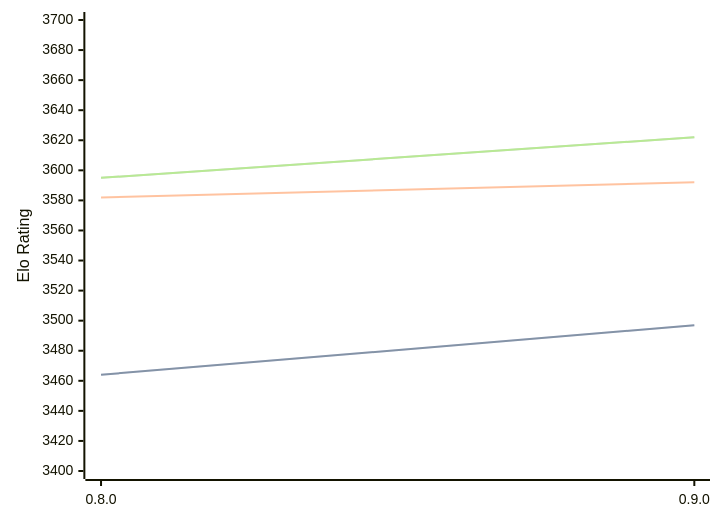
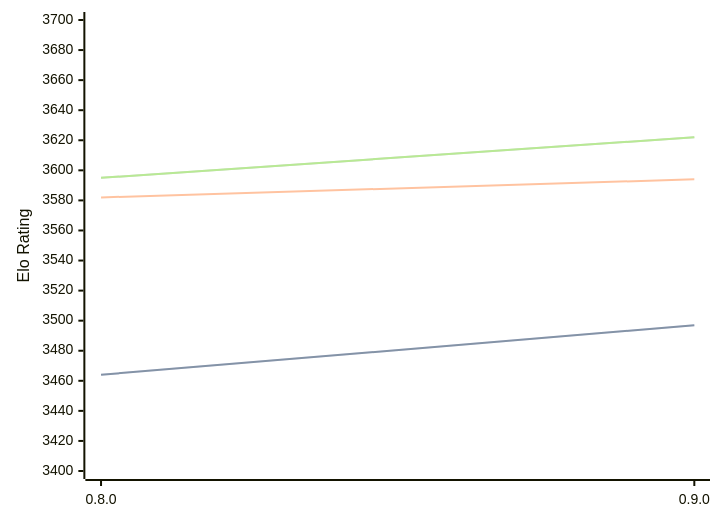
Before and after one commit to computer-chess-index/cci: the diagram in engines/Reckless.md, drawn with Mermaid. The commit also changed other lines of this file, not shown here.

````diff
--- a/engines/Reckless.md
+++ b/engines/Reckless.md
@@ -39,11 +39,11 @@
 ```mermaid
 %%{init: {"theme":"base","themeVariables":{"seriesColors:['#a3a3a3','#222221','#faa371']}}}%%
 xychart-beta
   x-axis ["0.8.0", "0.9.0"]
   y-axis "Elo Rating" 3400 --> 3700
   line "STC (8.0+0.08s)" [3464, 3497]
   line "STC (8.0+0.08s)" [3464, 3497]
-  line "LTC (60.0+0.60s)" [3582, 3592]
+  line "LTC (60.0+0.60s)" [3582, 3594]
   line "VLTC (2m24s+1.12s)" [3595, 3622]
   line "VLTC (2m24s+1.12s)" [3595, 3622]
 ```
````
